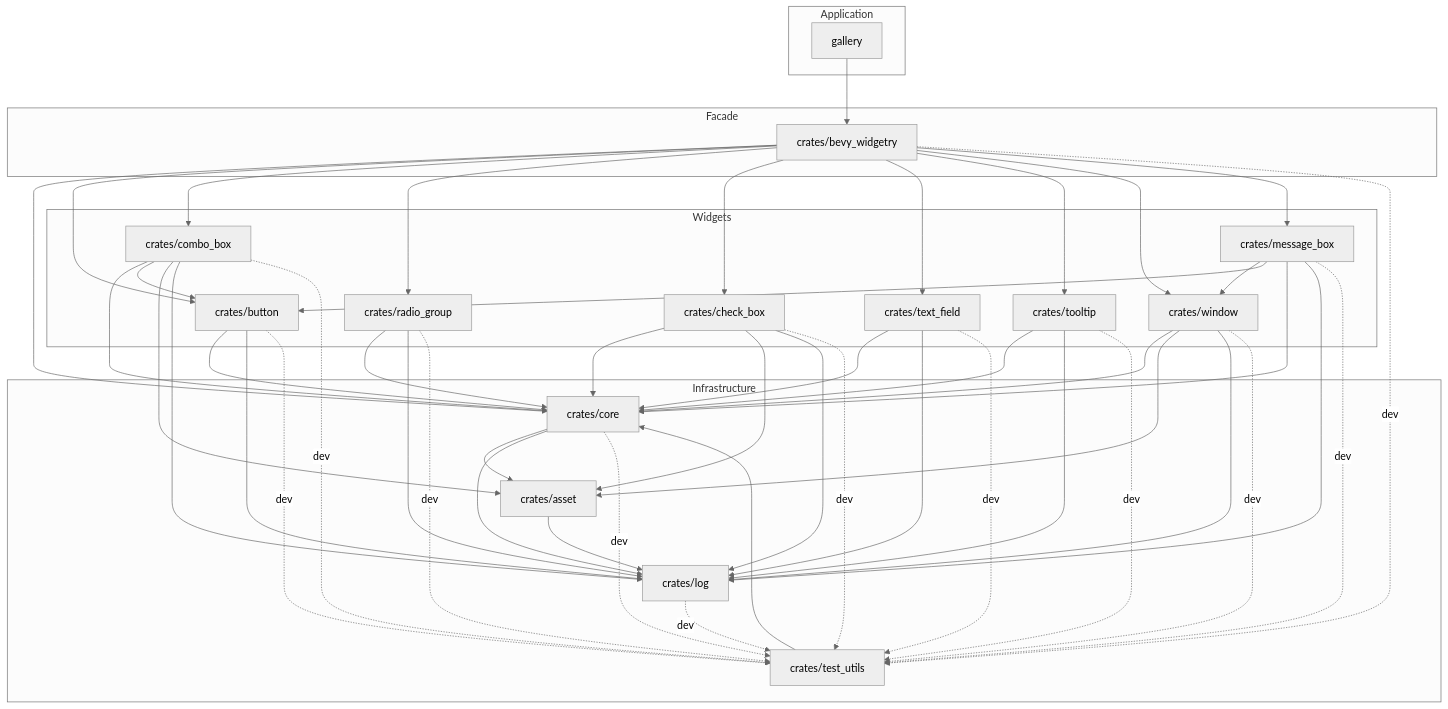
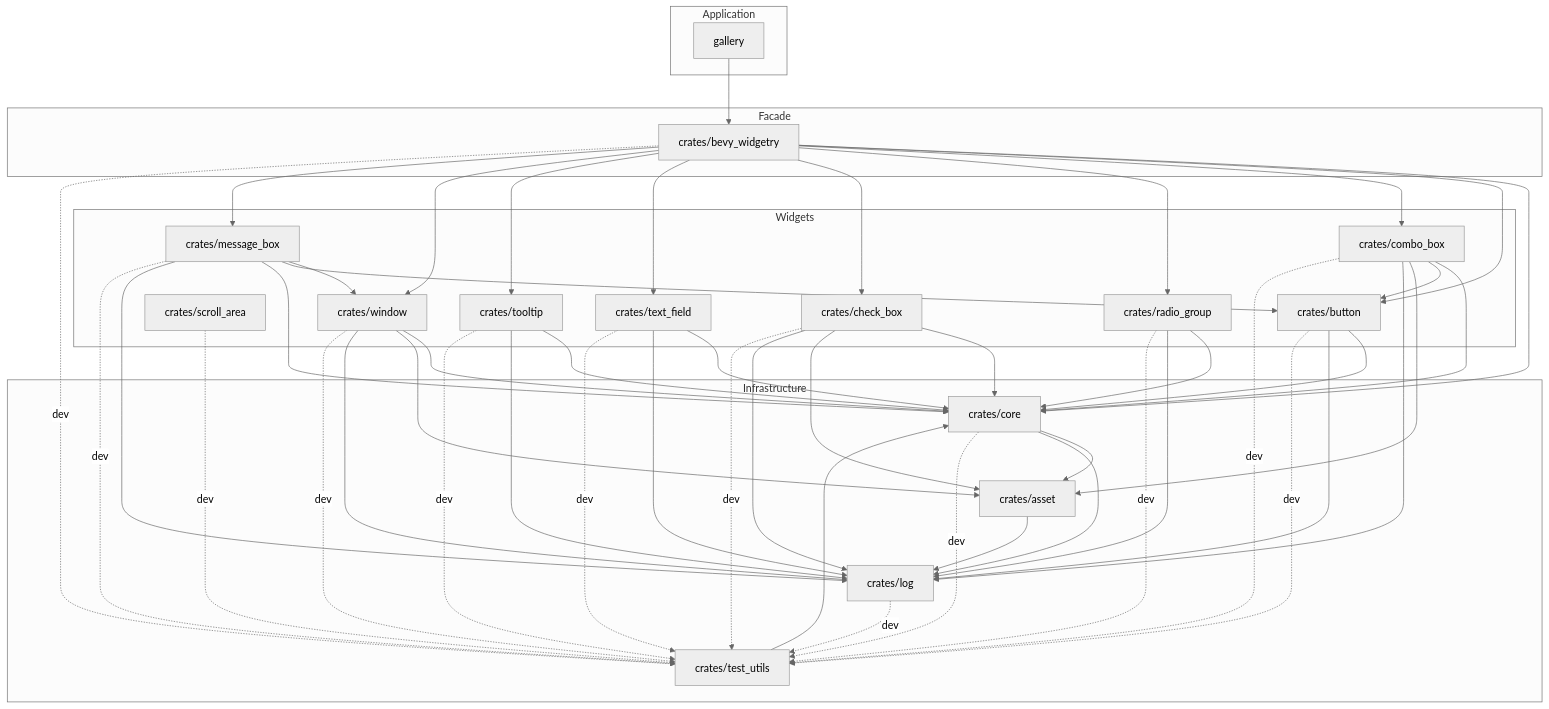
The diagram in docs/architecture.md (slc90/bevy_widgetry), drawn with Mermaid (neutral theme) before and after one commit. The commit also changed other lines of this file and 5 other files, not shown here.

First line of the commit message:
建立 ScrollArea headless 滚动模型

```diff
--- a/docs/architecture.md
+++ b/docs/architecture.md
@@ -152,6 +159,7 @@
         button["crates/button"]
         combo_box["crates/combo_box"]
         radio_group["crates/radio_group"]
+        scroll_area["crates/scroll_area"]
         check_box["crates/check_box"]
         text_field["crates/text_field"]
         tooltip["crates/tooltip"]
@@ -189,6 +197,7 @@
     combo_box --> asset
     radio_group --> core
     radio_group --> log
+    scroll_area -. dev .-> test_utils
     check_box --> core
     check_box --> asset
     check_box --> log
```
